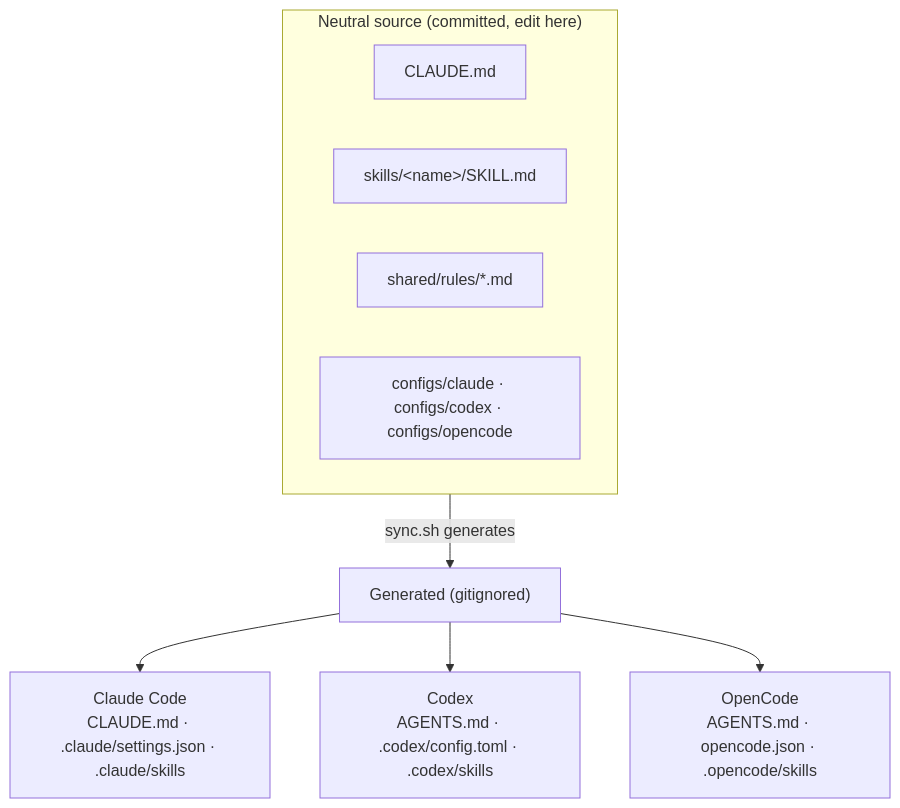
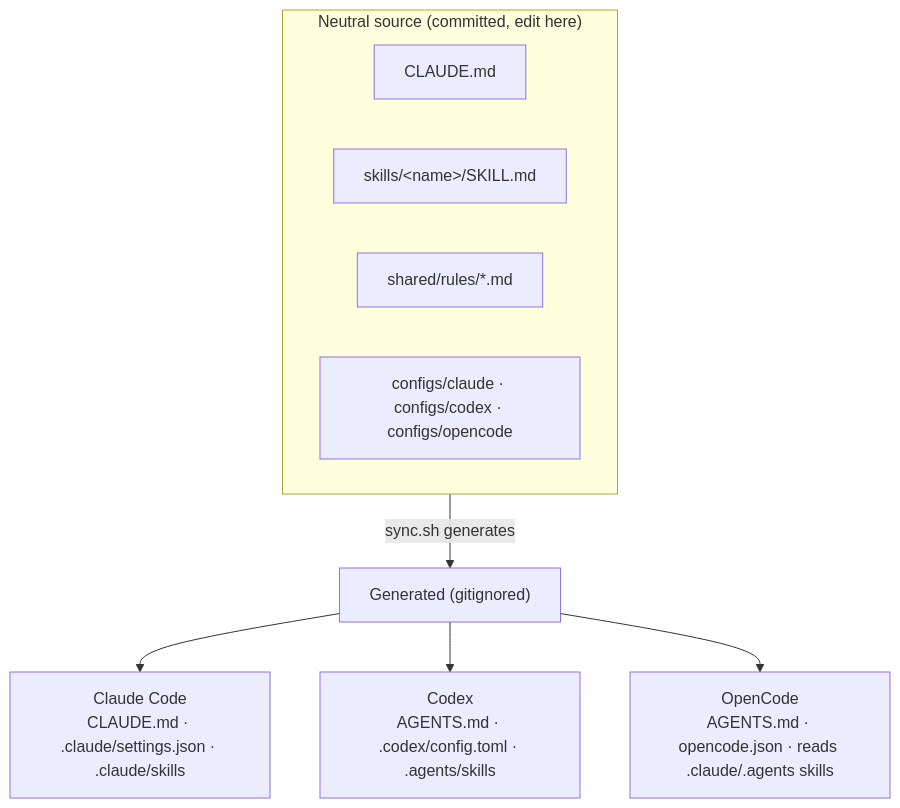
The first of 2 diagrams in README.md (Juan-Motta/forge-ai), drawn with Mermaid before and after one commit. The commit also changed other lines of this file and 5 other files, not shown here.

First line of the commit message:
fix(sync): generate Codex skills under .agents/skills (P1, council)

````diff
--- a/README.md
+++ b/README.md
@@ -40,13 +40,13 @@
 ```mermaid
 flowchart TD
     subgraph SRC["Neutral source (committed, edit here)"]
         INS["CLAUDE.md"]
         SK["skills/&lt;name&gt;/SKILL.md"]
         RU["shared/rules/*.md"]
         CF["configs/claude · configs/codex · configs/opencode"]
     end
     SRC -->|sync.sh generates| GEN["Generated (gitignored)"]
     GEN --> CLAUDE["Claude Code<br/>CLAUDE.md · .claude/settings.json · .claude/skills"]
-    GEN --> CODEX["Codex<br/>AGENTS.md · .codex/config.toml · .codex/skills"]
-    GEN --> OPEN["OpenCode<br/>AGENTS.md · opencode.json · .opencode/skills"]
+    GEN --> CODEX["Codex<br/>AGENTS.md · .codex/config.toml · .agents/skills"]
+    GEN --> OPEN["OpenCode<br/>AGENTS.md · opencode.json · reads .claude/.agents skills"]
 ```
````
